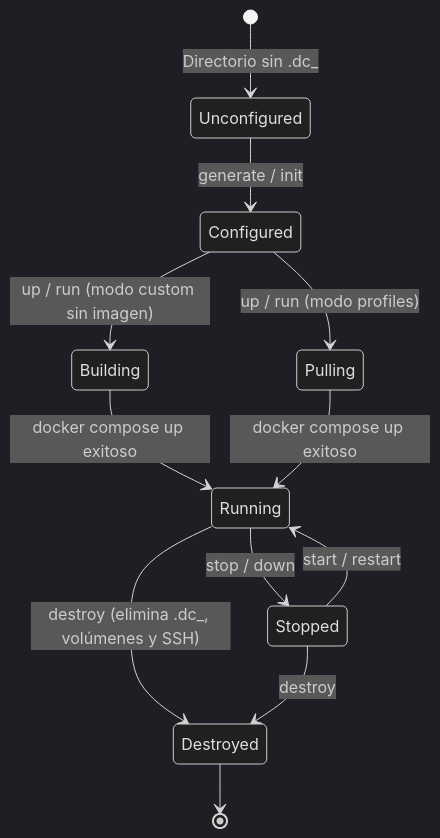
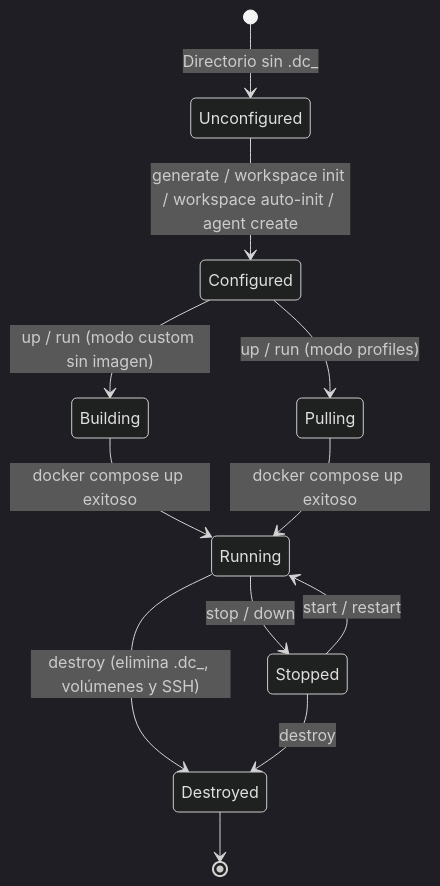
One commit to Joacohbc/my-devcontainer-installer changed the second of 2 diagrams in .docs/domain-model.md. Above: the diagram before and after it, drawn with Mermaid (dark theme). The commit also changed 12 other files, not shown here.

First line of the commit message:
feat(cli)!: split workspace init into wizard and auto-init

````diff
--- a/.docs/domain-model.md
+++ b/.docs/domain-model.md
@@ -168,14 +168,14 @@
 ```mermaid
 stateDiagram-v2
     [*] --> Unconfigured: Directorio sin .dc_<workspace>
-    Unconfigured --> Configured: generate / init
+    Unconfigured --> Configured: generate / workspace init / workspace auto-init / agent create
     Configured --> Building: up / run (modo custom sin imagen)
     Configured --> Pulling: up / run (modo profiles)
     Building --> Running: docker compose up exitoso
     Pulling --> Running: docker compose up exitoso
     Running --> Stopped: stop / down
     Stopped --> Running: start / restart
     Running --> Destroyed: destroy (elimina .dc_<ws>, volúmenes y SSH)
     Stopped --> Destroyed: destroy
     Destroyed --> [*]
 ```
````
